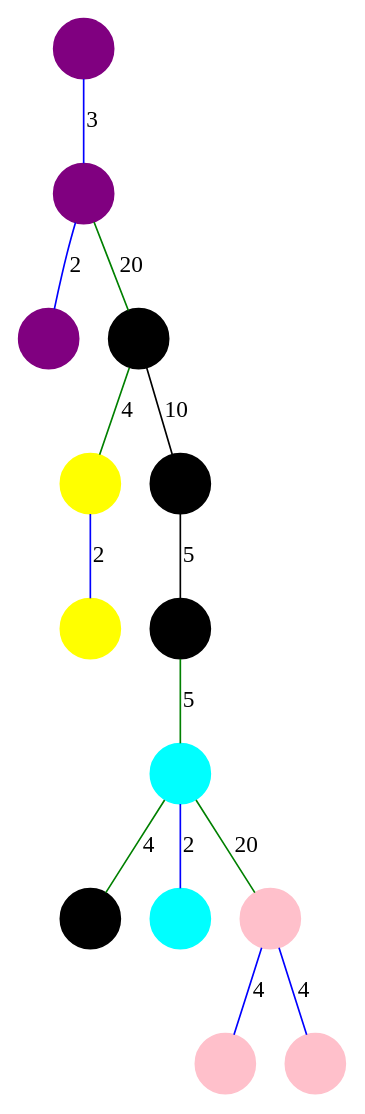
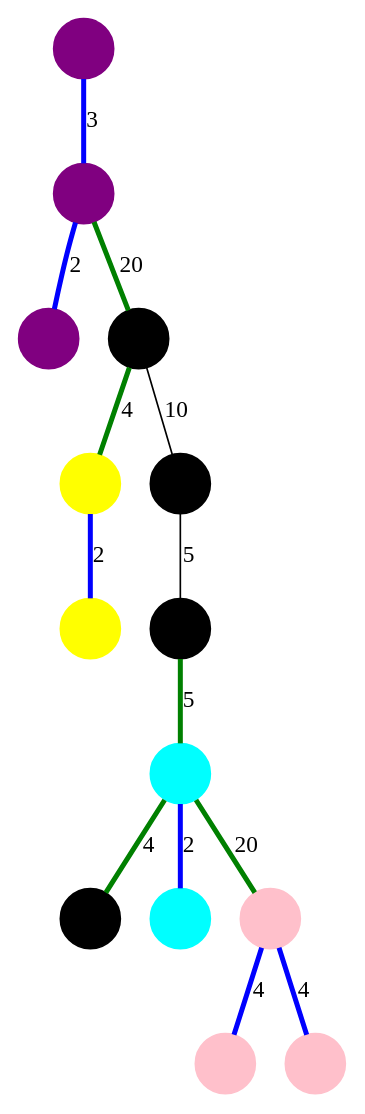
Before and after one commit to sgolodetz/thesis: the diagram in segmentation/graphs/marcowaterfall/propagation-b.gv, drawn with Graphviz. The commit also changed 13 other files, not shown here.

```diff
--- a/segmentation/graphs/marcowaterfall/propagation-b.gv
+++ b/segmentation/graphs/marcowaterfall/propagation-b.gv
@@ -1,31 +1,31 @@
 digraph
 {
 	compound = true;
 	node [shape=circle, style=filled, color=black, label=""];
 	edge [dir=both, arrowtail=none, arrowhead=none];
 
-	n0 -> n1 [label=3, color=blue];
-	n1 -> n2 [label=2, color=blue];
-	n1 -> n3 [label=20, color=green];
-	n3 -> n4 [label=4, color=green];
+	n0 -> n1 [label=3, color=blue, penwidth=3];
+	n1 -> n2 [label=2, color=blue, penwidth=3];
+	n1 -> n3 [label=20, color=green, penwidth=3];
+	n3 -> n4 [label=4, color=green, penwidth=3];
 	n3 -> n5 [label=10];
-	n4 -> n6 [label=2, color=blue];
+	n4 -> n6 [label=2, color=blue, penwidth=3];
 	n5 -> n7 [label=5];
-	n7 -> n8 [label=5, color=green];
-	n8 -> n9 [label=4, color=green];
-	n8 -> n10 [label=2, color=blue];
-	n8 -> n11 [label=20, color=green];
-	n11 -> n12 [label=4, color=blue];
-	n11 -> n13 [label=4, color=blue];
+	n7 -> n8 [label=5, color=green, penwidth=3];
+	n8 -> n9 [label=4, color=green, penwidth=3];
+	n8 -> n10 [label=2, color=blue, penwidth=3];
+	n8 -> n11 [label=20, color=green, penwidth=3];
+	n11 -> n12 [label=4, color=blue, penwidth=3];
+	n11 -> n13 [label=4, color=blue, penwidth=3];
 
 	n0 [color=purple];
 	n1 [color=purple];
 	n2 [color=purple];
 	n4 [color=yellow];
 	n6 [color=yellow];
 	n8 [color=cyan];
 	n10 [color=cyan];
 	n11 [color=pink];
 	n12 [color=pink];
 	n13 [color=pink];
 }
```
